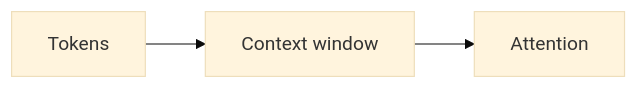
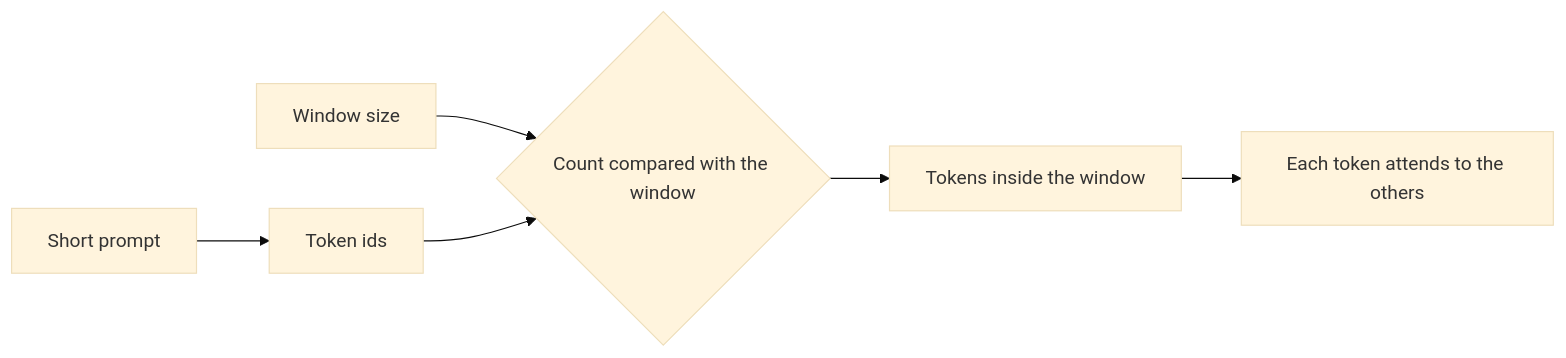
One commit to mohamedmabrouk582/Android-Ai-Lab changed the diagram in lab-transformers/README.md. Above: the diagram before and after it, drawn with Mermaid (base theme). The commit also changed other lines of this file and 41 other files, not shown here.

````diff
--- a/lab-transformers/README.md
+++ b/lab-transformers/README.md
@@ -13,4 +28,8 @@
 ```mermaid
 flowchart LR
-  n0["Tokens"] --> n1["Context window"] --> n2["Attention"]
+  prompt["Short prompt"] --> tokens["Token ids"]
+  window["Window size"] --> fit{"Count compared with the window"}
+  tokens --> fit
+  fit --> seen["Tokens inside the window"]
+  seen --> attention["Each token attends to the others"]
 ```
````
